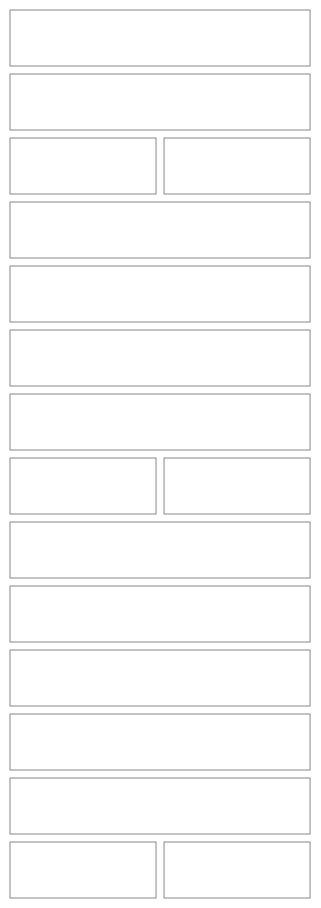
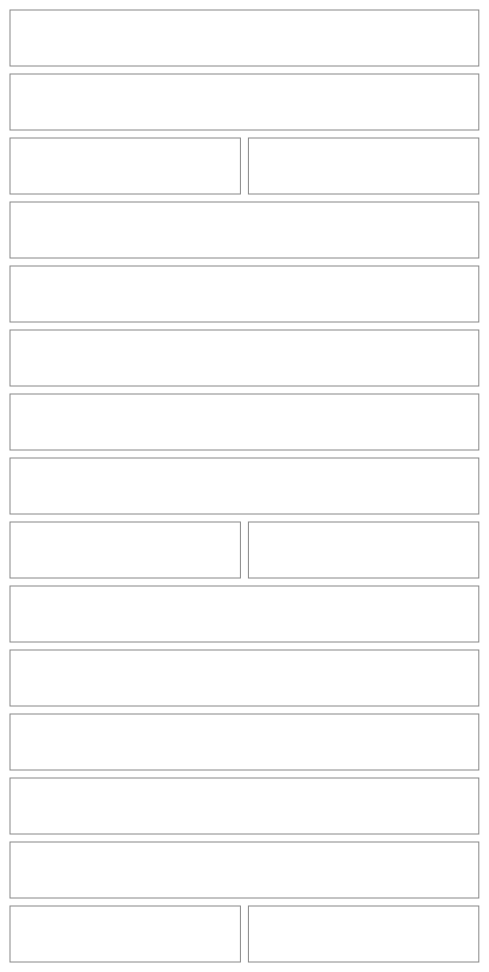
One commit to NovaMoonX/moondreams-dev-apps changed diagram 15 of 33 in src/apps/pinch/UX.md. Above: the diagram before and after it, drawn with Mermaid. The commit also changed other lines of this file and 30 other files, not shown here.

````diff
--- a/src/apps/pinch/UX.md
+++ b/src/apps/pinch/UX.md
@@ -434,39 +462,41 @@
 ```mermaid
 %%{init: {'theme': 'base', 'themeVariables': {'primaryColor': 'transparent', 'primaryBorderColor': '#888888', 'primaryTextColor': '#333333', 'lineColor': '#888888'}}}%%
 block-beta
   columns 2
   E1["‹ Adobo chicken"]:2
   E2["Title<br/>Adobo chicken  ›"]:2
   E3["Servings"]:1
   E4["[ − 4 + ]"]:1
   E5["Prep and cook<br/>Prep 10 min · Cook 35 min  ›"]:2
   E6["Photo"]:2
   E7["Description<br/>Sticky, tangy chicken thighs…  ›"]:2
+  E19["WHERE IT'S FROM<br/>+ New source · Mom's recipe cards · NYT Cooking · Serious Eats"]:2
   E9["INGREDIENTS 6"]:2
   E10["Chicken thighs"]:1
   E11["2 lb"]:1
   E12["+ Add ingredient"]:2
   E13["STEPS"]:2
   E14["+ Add a step"]:2
   E15["NUTRITION · calculated, per serving   Edit"]:2
   E16["🔥 495 · 💪 61g · 🌾 3g · 🥑 25g"]:2
   E17["Cancel"]:1
   E18["Save"]:1
   style E1 fill:transparent,stroke:#888888,stroke-width:1px;
   style E2 fill:transparent,stroke:#888888,stroke-width:1px;
   style E3 fill:transparent,stroke:#888888,stroke-width:1px;
   style E4 fill:transparent,stroke:#888888,stroke-width:1px;
   style E5 fill:transparent,stroke:#888888,stroke-width:1px;
   style E6 fill:transparent,stroke:#888888,stroke-width:1px;
   style E7 fill:transparent,stroke:#888888,stroke-width:1px;
+  style E19 fill:transparent,stroke:#888888,stroke-width:1px;
   style E9 fill:transparent,stroke:#888888,stroke-width:1px;
   style E10 fill:transparent,stroke:#888888,stroke-width:1px;
   style E11 fill:transparent,stroke:#888888,stroke-width:1px;
   style E12 fill:transparent,stroke:#888888,stroke-width:1px;
   style E13 fill:transparent,stroke:#888888,stroke-width:1px;
   style E14 fill:transparent,stroke:#888888,stroke-width:1px;
   style E15 fill:transparent,stroke:#888888,stroke-width:1px;
   style E16 fill:transparent,stroke:#888888,stroke-width:1px;
   style E17 fill:transparent,stroke:#888888,stroke-width:1px;
   style E18 fill:transparent,stroke:#888888,stroke-width:1px;
 ```
````
